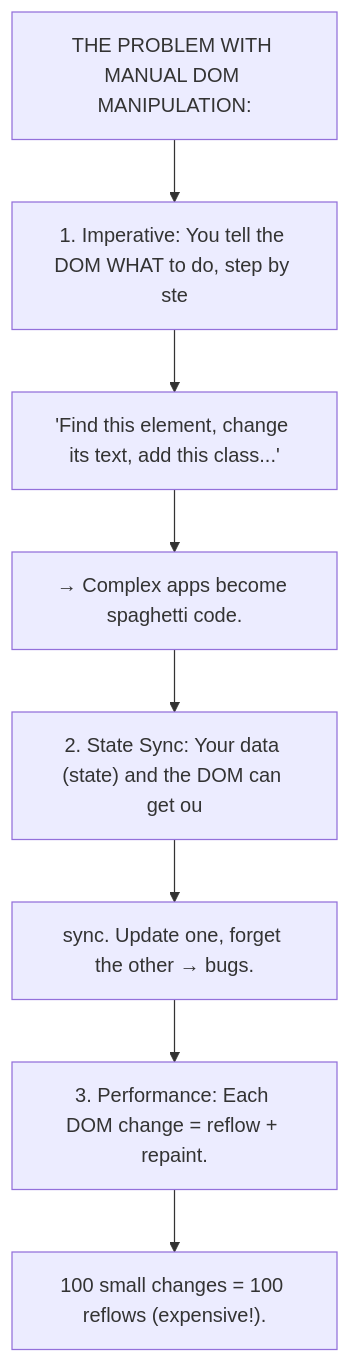
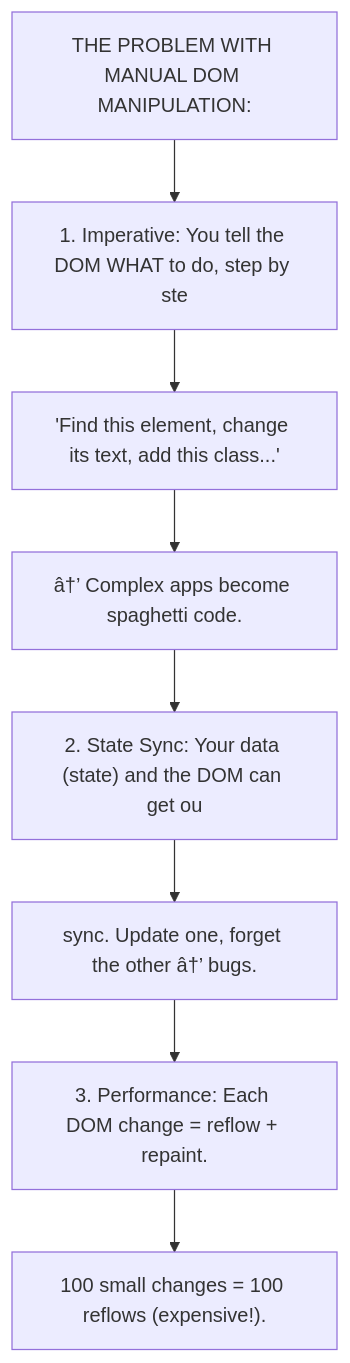
The seventh of 8 diagrams in 16_JavaScript/05_JS_DOM_BrowserAPIs.md (SaiHarsha502vvit/Daily-Prep), drawn with Mermaid before and after one commit. The commit also changed other lines of this file and 256 other files, not shown here.

````diff
--- a/16_JavaScript/05_JS_DOM_BrowserAPIs.md
+++ b/16_JavaScript/05_JS_DOM_BrowserAPIs.md
@@ -765,18 +765,18 @@
 ```mermaid
 flowchart TD
     N1["THE PROBLEM WITH MANUAL DOM MANIPULATION:"]
     N2["1. Imperative: You tell the DOM WHAT to do, step by ste"]
     N3["'Find this element, change its text, add this class...'"]
-    N4["→ Complex apps become spaghetti code."]
+    N4["â†’ Complex apps become spaghetti code."]
     N5["2. State Sync: Your data (state) and the DOM can get ou"]
-    N6["sync. Update one, forget the other → bugs."]
+    N6["sync. Update one, forget the other â†’ bugs."]
     N7["3. Performance: Each DOM change = reflow + repaint."]
     N8["100 small changes = 100 reflows (expensive!)."]
     N1 --> N2
     N2 --> N3
     N3 --> N4
     N4 --> N5
     N5 --> N6
     N6 --> N7
     N7 --> N8
 ```
````
